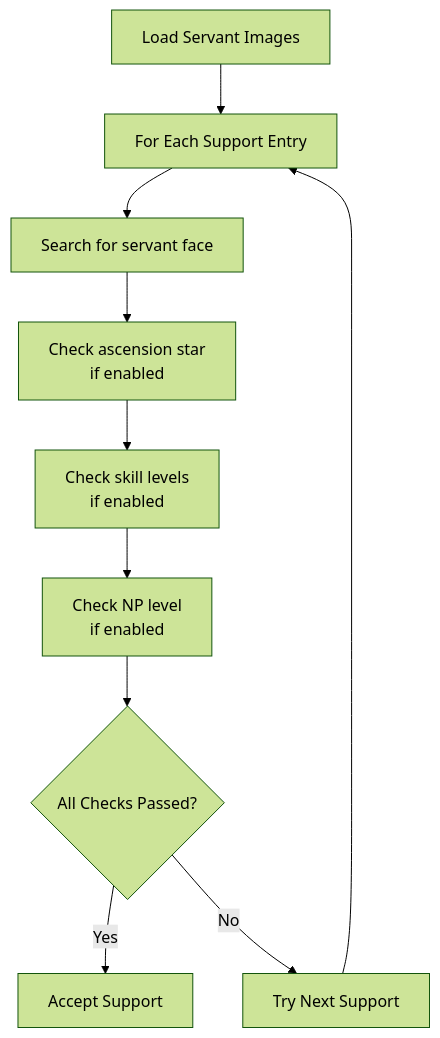
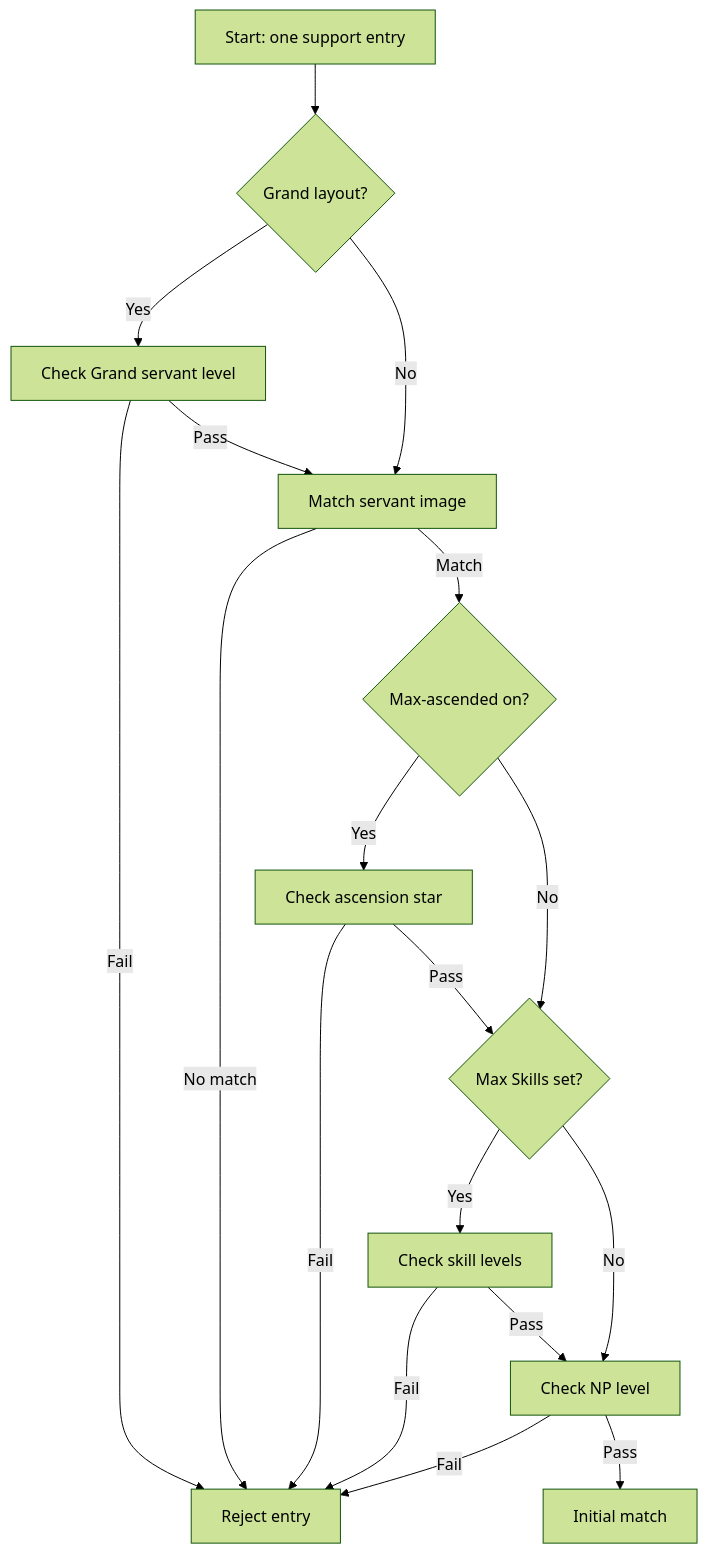
The diagram in docs/support-screen/preferred-servant.md (ArthurKun21/FGA-Preview-Build), drawn with Mermaid (forest theme) before and after one commit. The commit also changed other lines of this file and 23 other files, not shown here.

````diff
--- a/docs/support-screen/preferred-servant.md
+++ b/docs/support-screen/preferred-servant.md
@@ -122,12 +154,20 @@
 ```mermaid
 flowchart TD
-    A[Load Servant Images] --> B[For Each Support Entry]
-    B --> C[Search for servant face]
-    C --> D[Check ascension star<br/>if enabled]
-    D --> E[Check skill levels<br/>if enabled]
-    E --> F[Check NP level<br/>if enabled]
-    F --> G{All Checks Passed?}
-    G -->|Yes| H[Accept Support]
-    G -->|No| I[Try Next Support]
-    I --> B
+    A[Start: one support entry] --> B{Grand layout?}
+    B -->|Yes| C[Check Grand servant level]
+    C -->|Fail| Z[Reject entry]
+    B -->|No| D[Match servant image]
+    C -->|Pass| D
+    D -->|No match| Z
+    D -->|Match| E{Max-ascended on?}
+    E -->|Yes| F[Check ascension star]
+    F -->|Fail| Z
+    E -->|No| G{Max Skills set?}
+    F -->|Pass| G
+    G -->|Yes| H[Check skill levels]
+    H -->|Fail| Z
+    G -->|No| I[Check NP level]
+    H -->|Pass| I
+    I -->|Fail| Z
+    I -->|Pass| J[Initial match]
 ```
````
